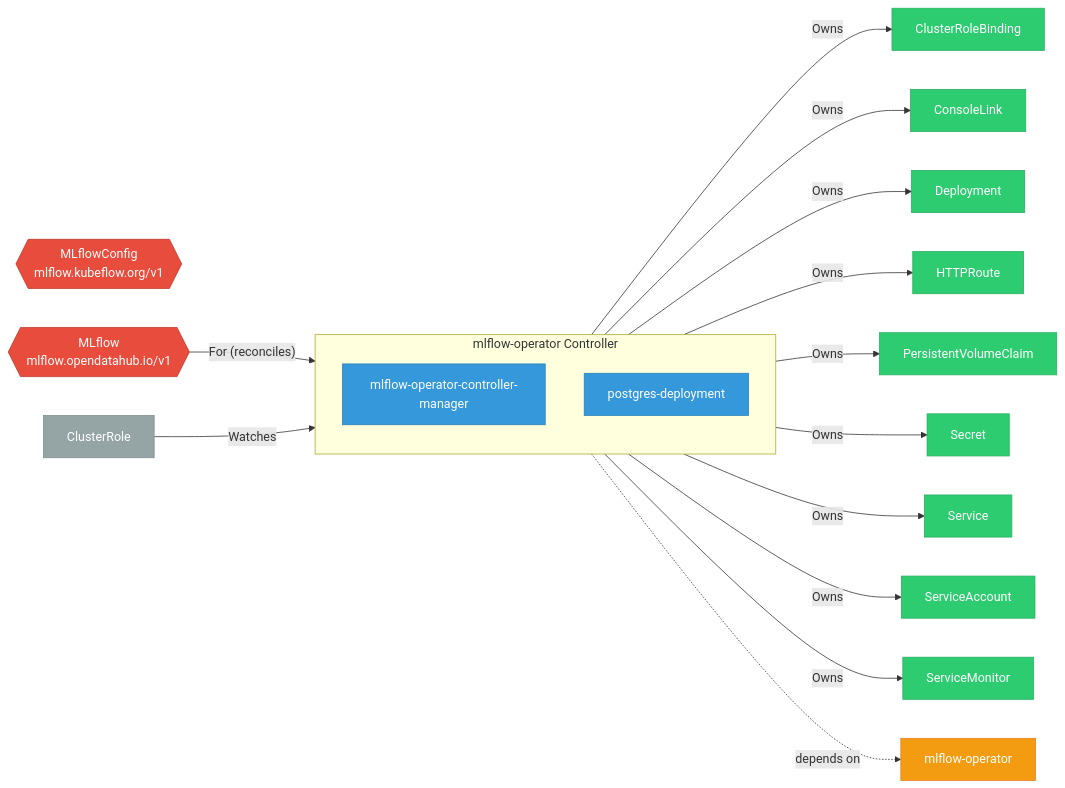
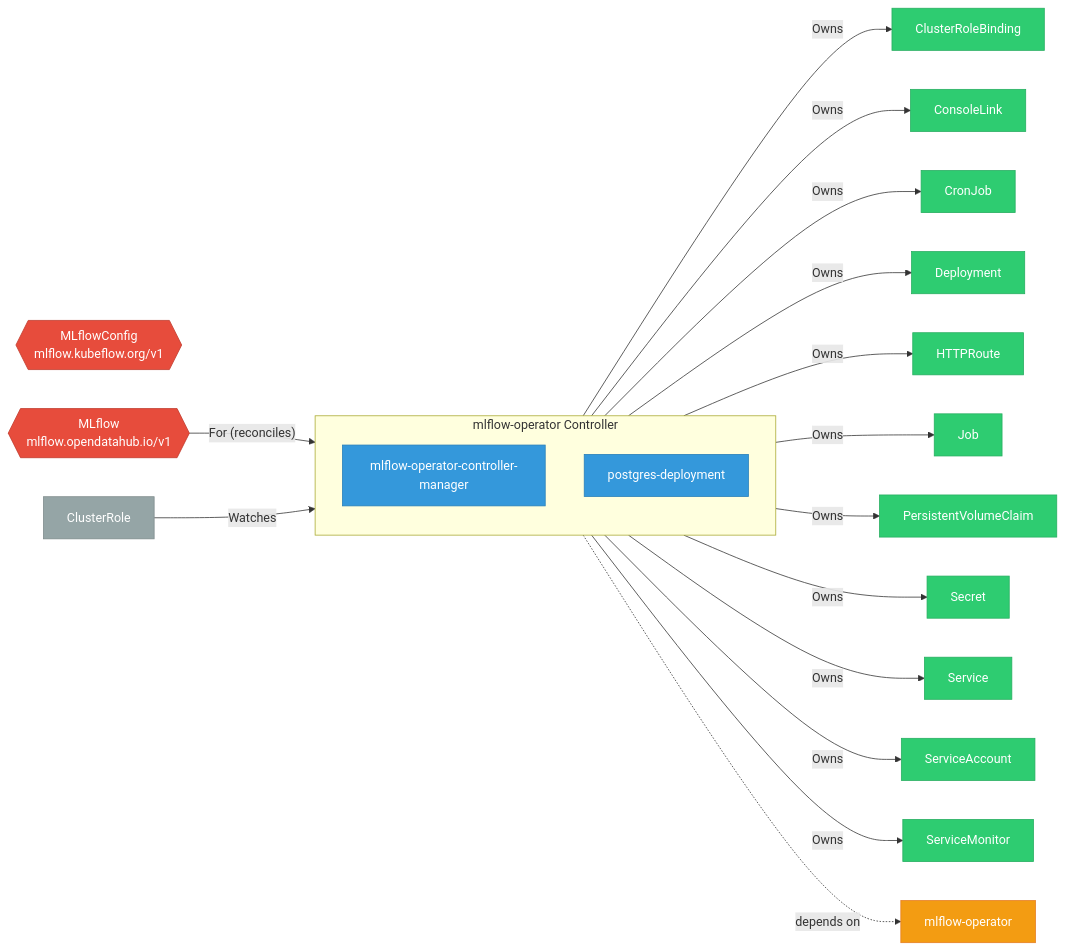
One commit to ugiordan/rhoai-architecture-analyzer changed the diagram in site/docs/use-cases/odh-platform/components/mlflow_operator/index.md. Above: the diagram before and after it, drawn with Mermaid. The commit also changed other lines of this file and 402 other files, not shown here.

````diff
--- a/site/docs/use-cases/odh-platform/components/mlflow_operator/index.md
+++ b/site/docs/use-cases/odh-platform/components/mlflow_operator/index.md
@@ -22,45 +25,49 @@
 ```mermaid
 graph LR
     %% Component architecture for mlflow-operator
 
     classDef crd fill:#e74c3c,stroke:#c0392b,color:#fff
     classDef controller fill:#3498db,stroke:#2980b9,color:#fff
     classDef owned fill:#2ecc71,stroke:#27ae60,color:#fff
     classDef external fill:#95a5a6,stroke:#7f8c8d,color:#fff
     classDef dep fill:#f39c12,stroke:#e67e22,color:#fff
 
     subgraph controller["mlflow-operator Controller"]
         dep_1["mlflow-operator-controller-manager"]
         class dep_1 controller
         dep_2["postgres-deployment"]
         class dep_2 controller
     end
 
     crd_MLflowConfig{{"MLflowConfig\nmlflow.kubeflow.org/v1"}}
     class crd_MLflowConfig crd
     crd_MLflow{{"MLflow\nmlflow.opendatahub.io/v1"}}
     class crd_MLflow crd
     crd_MLflow -->|"For (reconciles)"| controller
     controller -->|"Owns"| owned_3["ClusterRoleBinding"]
     class owned_3 owned
     controller -->|"Owns"| owned_4["ConsoleLink"]
     class owned_4 owned
-    controller -->|"Owns"| owned_5["Deployment"]
+    controller -->|"Owns"| owned_5["CronJob"]
     class owned_5 owned
-    controller -->|"Owns"| owned_6["HTTPRoute"]
+    controller -->|"Owns"| owned_6["Deployment"]
     class owned_6 owned
-    controller -->|"Owns"| owned_7["PersistentVolumeClaim"]
+    controller -->|"Owns"| owned_7["HTTPRoute"]
     class owned_7 owned
-    controller -->|"Owns"| owned_8["Secret"]
+    controller -->|"Owns"| owned_8["Job"]
     class owned_8 owned
-    controller -->|"Owns"| owned_9["Service"]
+    controller -->|"Owns"| owned_9["PersistentVolumeClaim"]
     class owned_9 owned
-    controller -->|"Owns"| owned_10["ServiceAccount"]
+    controller -->|"Owns"| owned_10["Secret"]
     class owned_10 owned
-    controller -->|"Owns"| owned_11["ServiceMonitor"]
+    controller -->|"Owns"| owned_11["Service"]
     class owned_11 owned
-    watch_12["ClusterRole"] -->|"Watches"| controller
-    class watch_12 external
-    controller -.->|"depends on"| odh_13["mlflow-operator"]
-    class odh_13 dep
+    controller -->|"Owns"| owned_12["ServiceAccount"]
+    class owned_12 owned
+    controller -->|"Owns"| owned_13["ServiceMonitor"]
+    class owned_13 owned
+    watch_14["ClusterRole"] -->|"Watches"| controller
+    class watch_14 external
+    controller -.->|"depends on"| odh_15["mlflow-operator"]
+    class odh_15 dep
 ```
````
